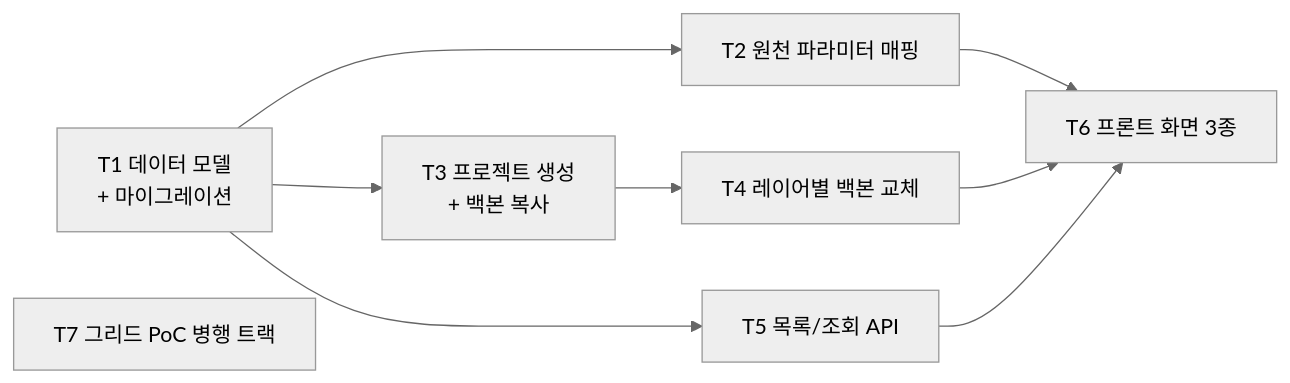
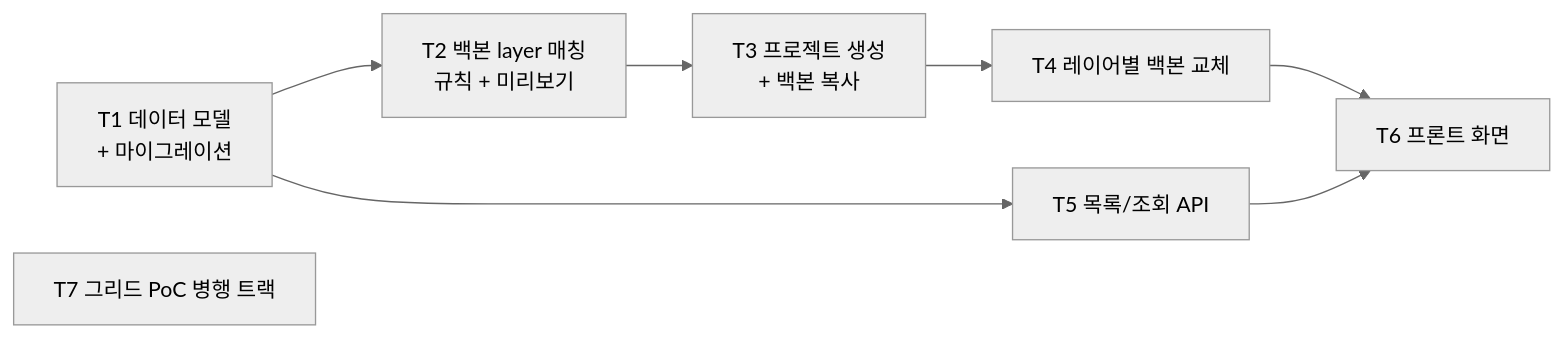
One commit to Middleages/process-condition-manager changed the diagram in plan/phase-1-tasks.md. Above: the diagram before and after it, drawn with Mermaid (neutral theme). The commit also changed other lines of this file and 6 other files, not shown here.

````diff
--- a/plan/phase-1-tasks.md
+++ b/plan/phase-1-tasks.md
@@ -28,11 +37,10 @@
 ```mermaid
 flowchart LR
-    T1[T1 데이터 모델<br/>+ 마이그레이션] --> T2[T2 원천 파라미터 매핑]
-    T1 --> T3[T3 프로젝트 생성<br/>+ 백본 복사]
+    T1[T1 데이터 모델<br/>+ 마이그레이션] --> T2[T2 백본 layer 매칭<br/>규칙 + 미리보기]
     T1 --> T5[T5 목록/조회 API]
+    T2 --> T3[T3 프로젝트 생성<br/>+ 백본 복사]
     T3 --> T4[T4 레이어별 백본 교체]
-    T2 --> T6[T6 프론트 화면 3종]
-    T4 --> T6
+    T4 --> T6[T6 프론트 화면]
     T5 --> T6
     T7[T7 그리드 PoC 병행 트랙]
 ```
````
